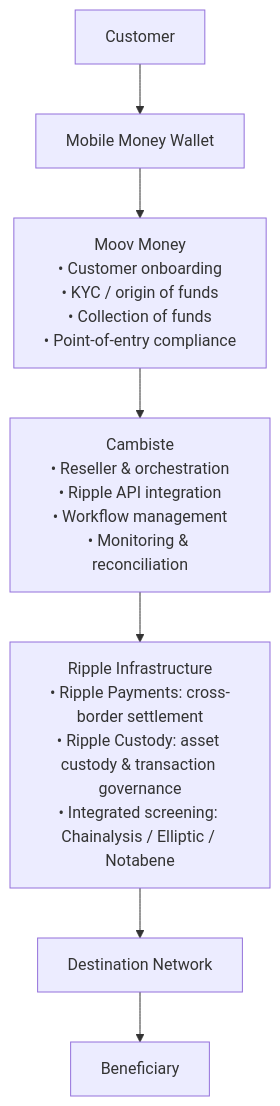
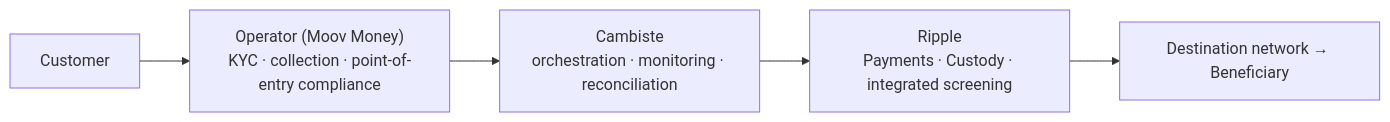
The diagram in ripple-mobile-money-reference-architecture.md (TotheLeffe/print-function-file-argument), drawn with Mermaid before and after one commit. The commit also changed other lines of this file, not shown here.

````diff
--- a/ripple-mobile-money-reference-architecture.md
+++ b/ripple-mobile-money-reference-architecture.md
@@ -43,9 +44,7 @@
 ```mermaid
-flowchart TD
-    A[Customer] --> B[Mobile Money Wallet]
-    B --> C["Moov Money<br/>• Customer onboarding<br/>• KYC / origin of funds<br/>• Collection of funds<br/>• Point-of-entry compliance"]
-    C --> D["Cambiste<br/>• Reseller & orchestration<br/>• Ripple API integration<br/>• Workflow management<br/>• Monitoring & reconciliation"]
-    D --> E["Ripple Infrastructure<br/>• Ripple Payments: cross-border settlement<br/>• Ripple Custody: asset custody & transaction governance<br/>• Integrated screening: Chainalysis / Elliptic / Notabene"]
-    E --> F[Destination Network]
-    F --> G[Beneficiary]
+flowchart LR
+    A[Customer] --> B["Operator (Moov Money)<br/>KYC · collection · point-of-entry compliance"]
+    B --> C["Cambiste<br/>orchestration · monitoring · reconciliation"]
+    C --> D["Ripple<br/>Payments · Custody · integrated screening"]
+    D --> E["Destination network → Beneficiary"]
 ```
````
